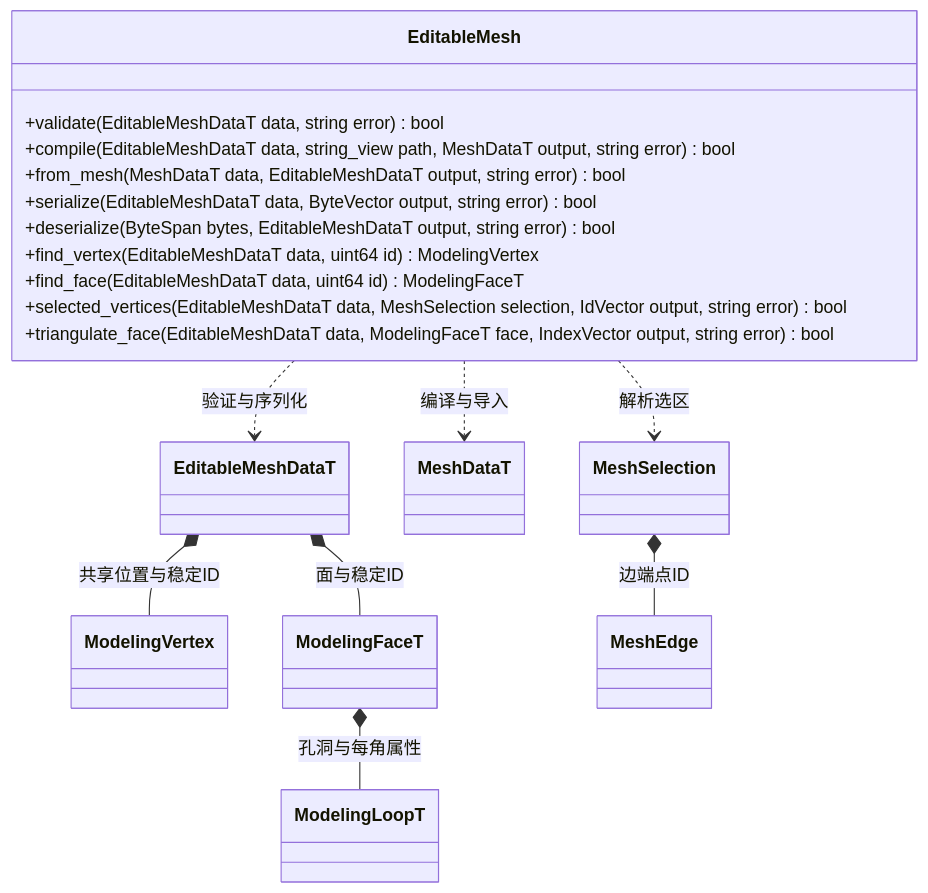
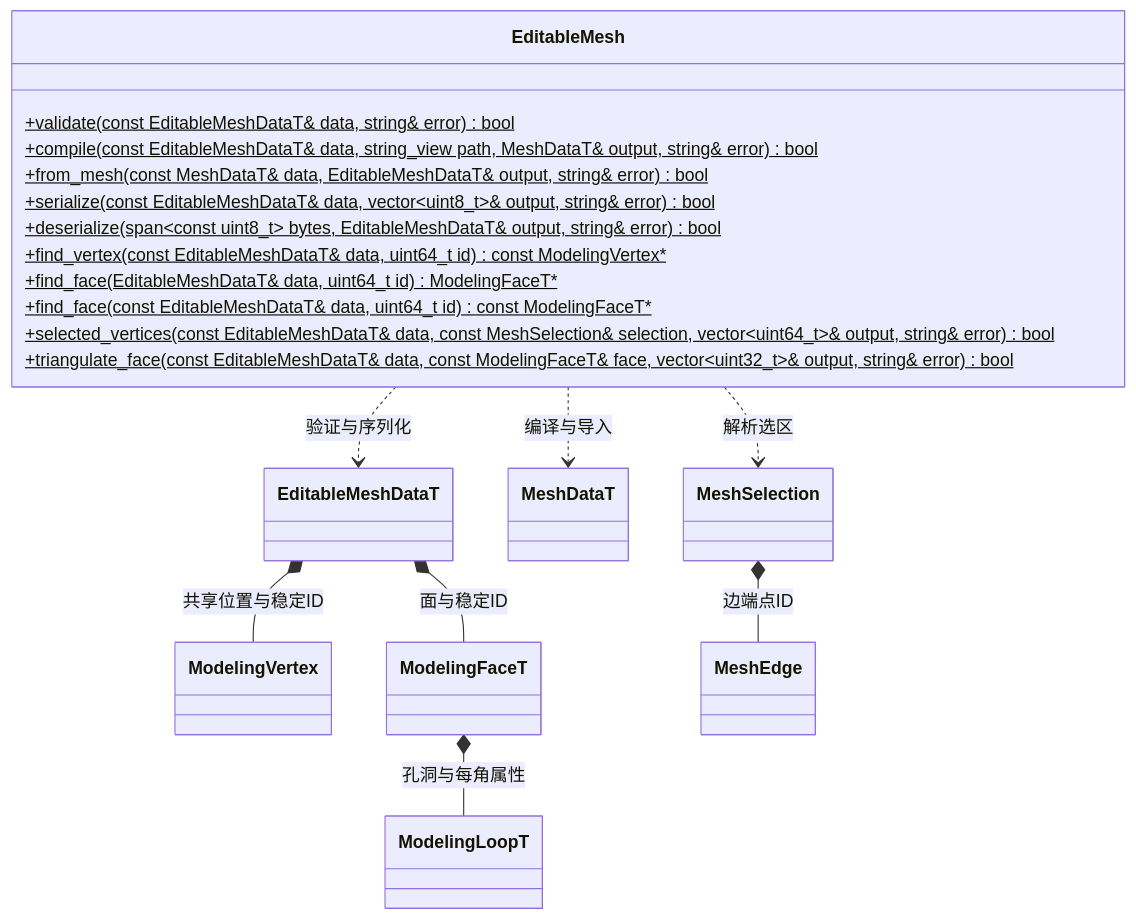
Before and after one commit to lcals/Engine: the diagram in docs/plugins/editor/class-diagrams/editable-mesh.md, drawn with Mermaid. The commit also changed 222 other files, not shown here.

Commit message:
Consolidate editor asset imports and align architecture documentation

````diff
--- a/docs/plugins/editor/class-diagrams/editable-mesh.md
+++ b/docs/plugins/editor/class-diagrams/editable-mesh.md
@@ -7,28 +7,29 @@
 ```mermaid
 classDiagram
     class EditableMesh {
-        +validate(EditableMeshDataT data, string error) bool
-        +compile(EditableMeshDataT data, string_view path, MeshDataT output, string error) bool
-        +from_mesh(MeshDataT data, EditableMeshDataT output, string error) bool
-        +serialize(EditableMeshDataT data, ByteVector output, string error) bool
-        +deserialize(ByteSpan bytes, EditableMeshDataT output, string error) bool
-        +find_vertex(EditableMeshDataT data, uint64 id) ModelingVertex
-        +find_face(EditableMeshDataT data, uint64 id) ModelingFaceT
-        +selected_vertices(EditableMeshDataT data, MeshSelection selection, IdVector output, string error) bool
-        +triangulate_face(EditableMeshDataT data, ModelingFaceT face, IndexVector output, string error) bool
+        +validate(const EditableMeshDataT& data, string& error) bool$
+        +compile(const EditableMeshDataT& data, string_view path, MeshDataT& output, string& error) bool$
+        +from_mesh(const MeshDataT& data, EditableMeshDataT& output, string& error) bool$
+        +serialize(const EditableMeshDataT& data, vector~uint8_t~& output, string& error) bool$
+        +deserialize(span~const uint8_t~ bytes, EditableMeshDataT& output, string& error) bool$
+        +find_vertex(const EditableMeshDataT& data, uint64_t id) const ModelingVertex*$
+        +find_face(EditableMeshDataT& data, uint64_t id) ModelingFaceT*$
+        +find_face(const EditableMeshDataT& data, uint64_t id) const ModelingFaceT*$
+        +selected_vertices(const EditableMeshDataT& data, const MeshSelection& selection, vector~uint64_t~& output, string& error) bool$
+        +triangulate_face(const EditableMeshDataT& data, const ModelingFaceT& face, vector~uint32_t~& output, string& error) bool$
     }
     class EditableMeshDataT
     class ModelingVertex
     class ModelingFaceT
     class ModelingLoopT
     class MeshDataT
     class MeshSelection
     class MeshEdge
     EditableMeshDataT *-- ModelingVertex : 共享位置与稳定ID
     EditableMeshDataT *-- ModelingFaceT : 面与稳定ID
     ModelingFaceT *-- ModelingLoopT : 孔洞与每角属性
     MeshSelection *-- MeshEdge : 边端点ID
     EditableMesh ..> EditableMeshDataT : 验证与序列化
     EditableMesh ..> MeshDataT : 编译与导入
     EditableMesh ..> MeshSelection : 解析选区
 ```
````
